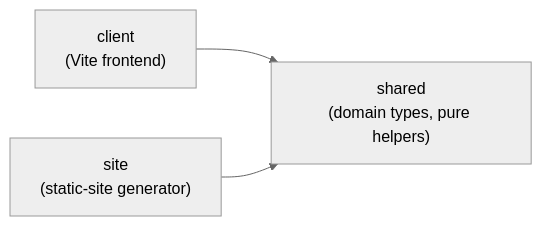
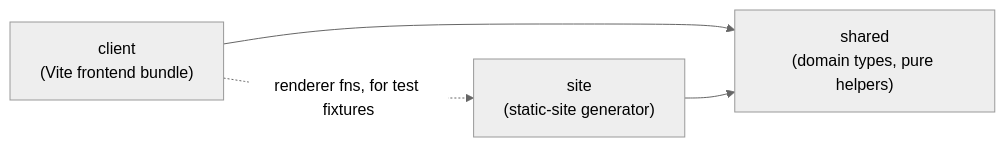
One commit to neolao/kindle-nonograms changed the first of 2 diagrams in docs/architecture.md. Above: the diagram before and after it, drawn with Mermaid (neutral theme). The commit also changed other lines of this file and 4 other files, not shown here.

````diff
--- a/docs/architecture.md
+++ b/docs/architecture.md
@@ -7,9 +7,10 @@
 ```mermaid
 graph LR
     shared["shared\n(domain types, pure helpers)"]
-    client["client\n(Vite frontend)"]
+    client["client\n(Vite frontend bundle)"]
     site["site\n(static-site generator)"]
 
     client --> shared
     site --> shared
+    client -. "renderer fns, for test fixtures" .-> site
 ```
````
